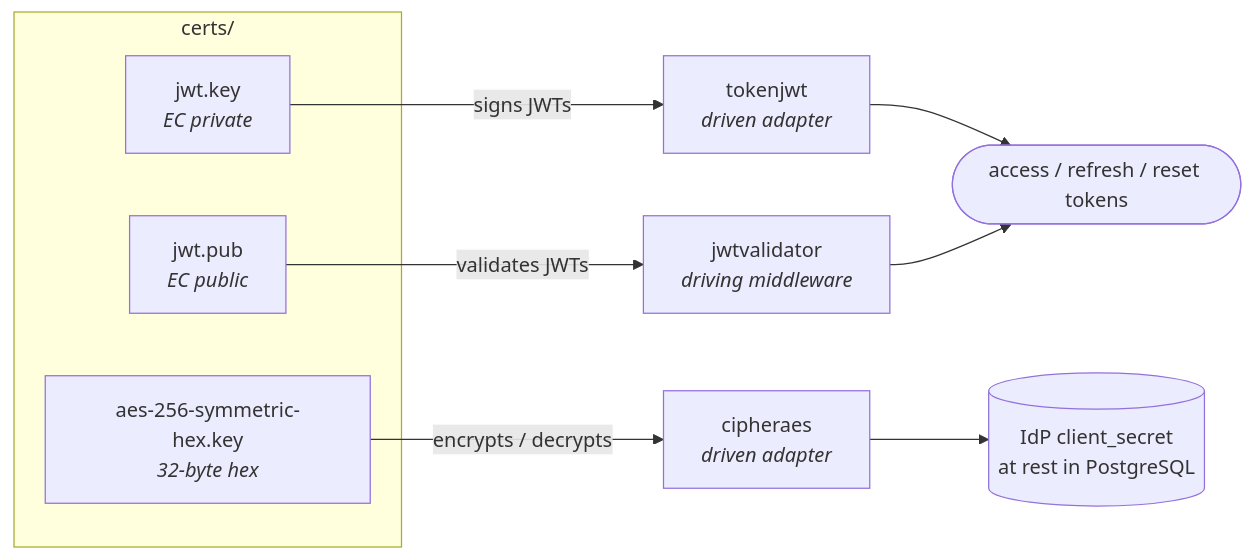
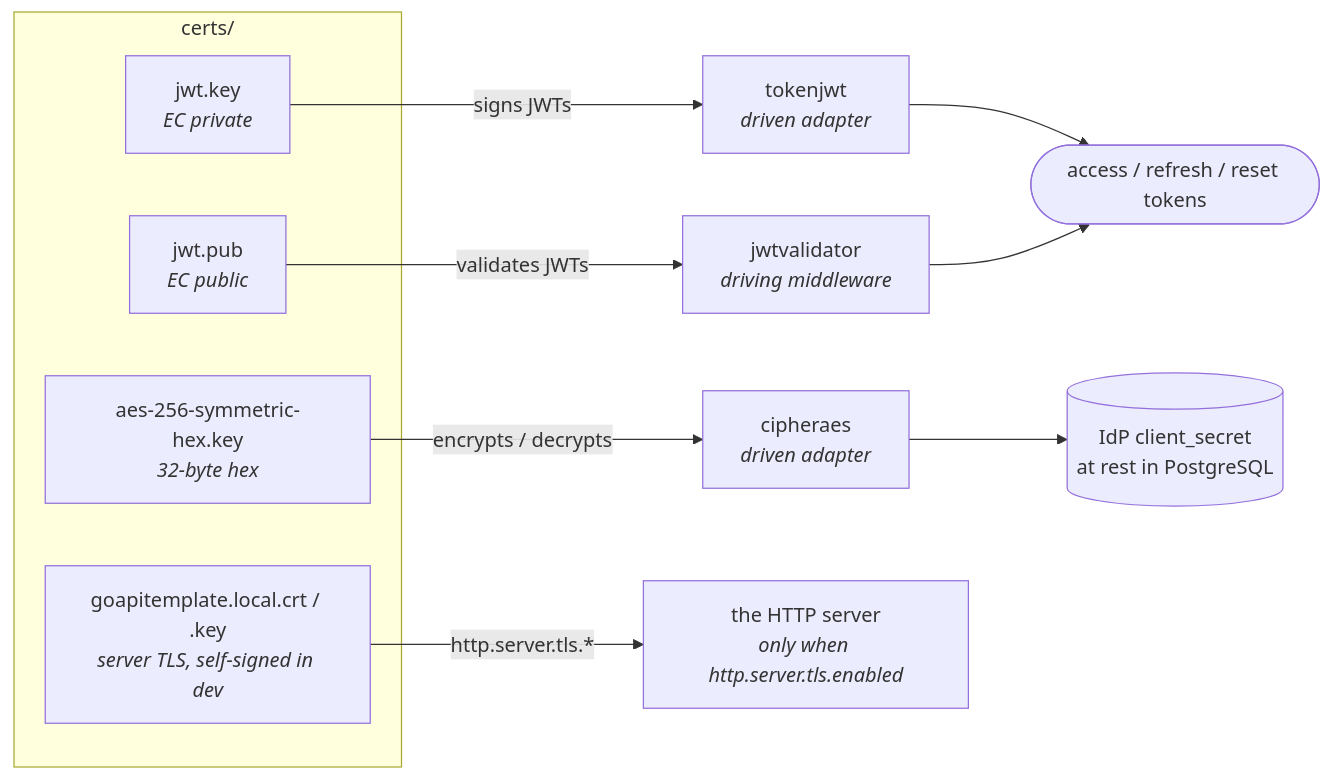
Before and after one commit to slashdevops/go-rest-api-service-template: the diagram in docs/certificates/certificates.md, drawn with Mermaid. The commit also changed other lines of this file and 7 other files, not shown here.

First line of the commit message:
fix(dev-env): make dev-certs generate the HTTP server's TLS pair (#92)

````diff
--- a/docs/certificates/certificates.md
+++ b/docs/certificates/certificates.md
@@ -6,16 +6,18 @@
 ```mermaid
 flowchart LR
     subgraph keys["certs/"]
         PRIV["jwt.key<br/><i>EC private</i>"]
         PUB["jwt.pub<br/><i>EC public</i>"]
         AES["aes-256-symmetric-hex.key<br/><i>32-byte hex</i>"]
+        SRV["goapitemplate.local.crt / .key<br/><i>server TLS, self-signed in dev</i>"]
     end
 
     PRIV -->|signs JWTs| SIGN["tokenjwt<br/><i>driven adapter</i>"]
     PUB -->|validates JWTs| VAL["jwtvalidator<br/><i>driving middleware</i>"]
     AES -->|encrypts / decrypts| CIPH["cipheraes<br/><i>driven adapter</i>"]
 
     SIGN --> TOK(["access / refresh / reset tokens"])
     VAL --> TOK
     CIPH --> STORE[("IdP client_secret<br/>at rest in PostgreSQL")]
+    SRV -->|http.server.tls.*| HTTP["the HTTP server<br/><i>only when http.server.tls.enabled</i>"]
 ```
````
